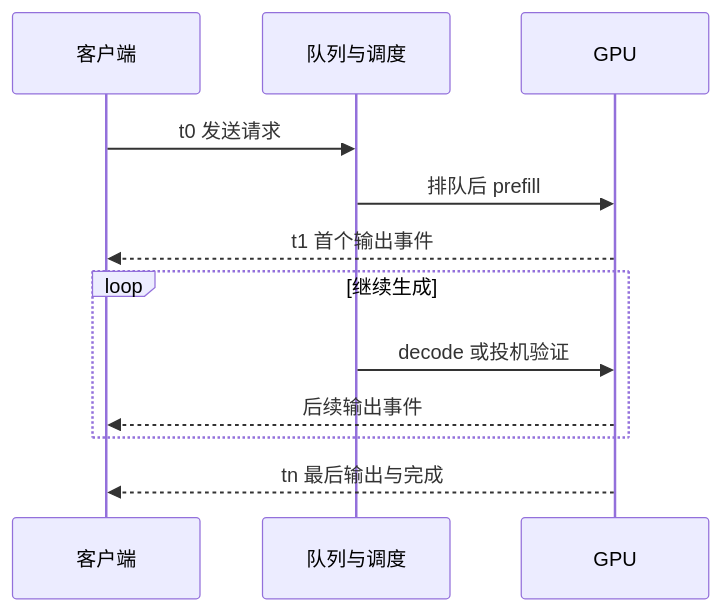
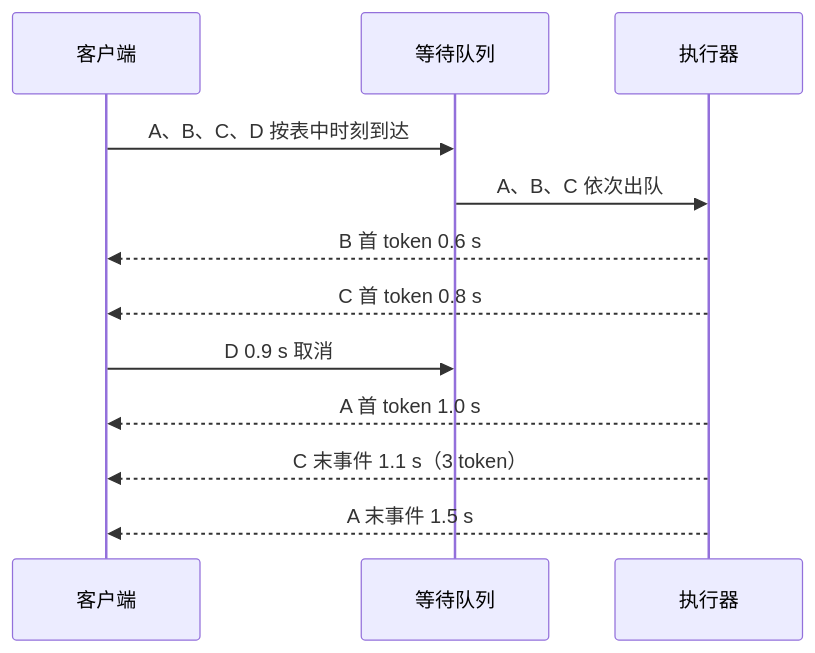
One commit to cyberspacelee/llms-from-scratch changed the diagram in site/src/content/lessons/systems/serving-evaluation.mdx. Above: the diagram before and after it, drawn with Mermaid. The commit also changed other lines of this file and 140 other files, not shown here.

````diff
--- a/site/src/content/lessons/systems/serving-evaluation.mdx
+++ b/site/src/content/lessons/systems/serving-evaluation.mdx
@@ -20,14 +27,14 @@
 ```mermaid
 sequenceDiagram
   participant C as 客户端
-  participant Q as 队列与调度
-  participant G as GPU
-  C->>Q: t0 发送请求
-  Q->>G: 排队后 prefill
-  G-->>C: t1 首个输出事件
-  loop 继续生成
-    Q->>G: decode 或投机验证
-    G-->>C: 后续输出事件
-  end
-  G-->>C: tn 最后输出与完成
+  participant Q as 等待队列
+  participant E as 执行器
+  C->>Q: A、B、C、D 按表中时刻到达
+  Q->>E: A、B、C 依次出队
+  E-->>C: B 首 token 0.6 s
+  E-->>C: C 首 token 0.8 s
+  C->>Q: D 0.9 s 取消
+  E-->>C: A 首 token 1.0 s
+  E-->>C: C 末事件 1.1 s（3 token）
+  E-->>C: A 末事件 1.5 s
 ```
````
